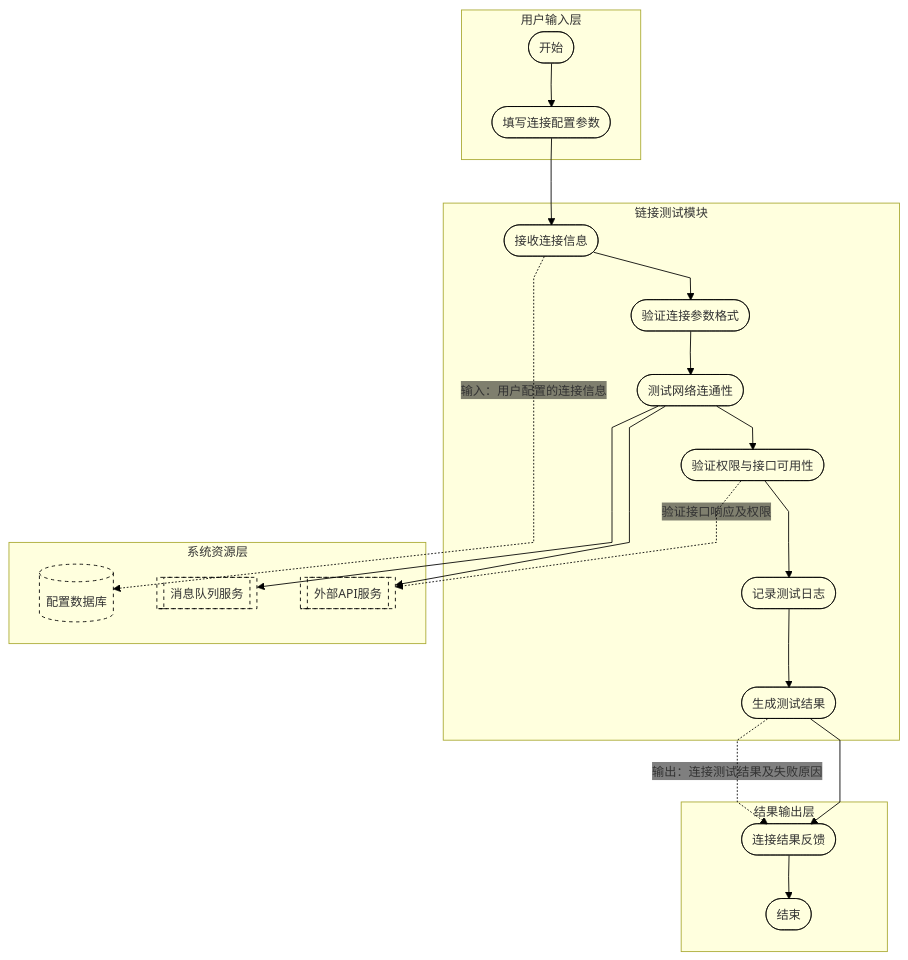
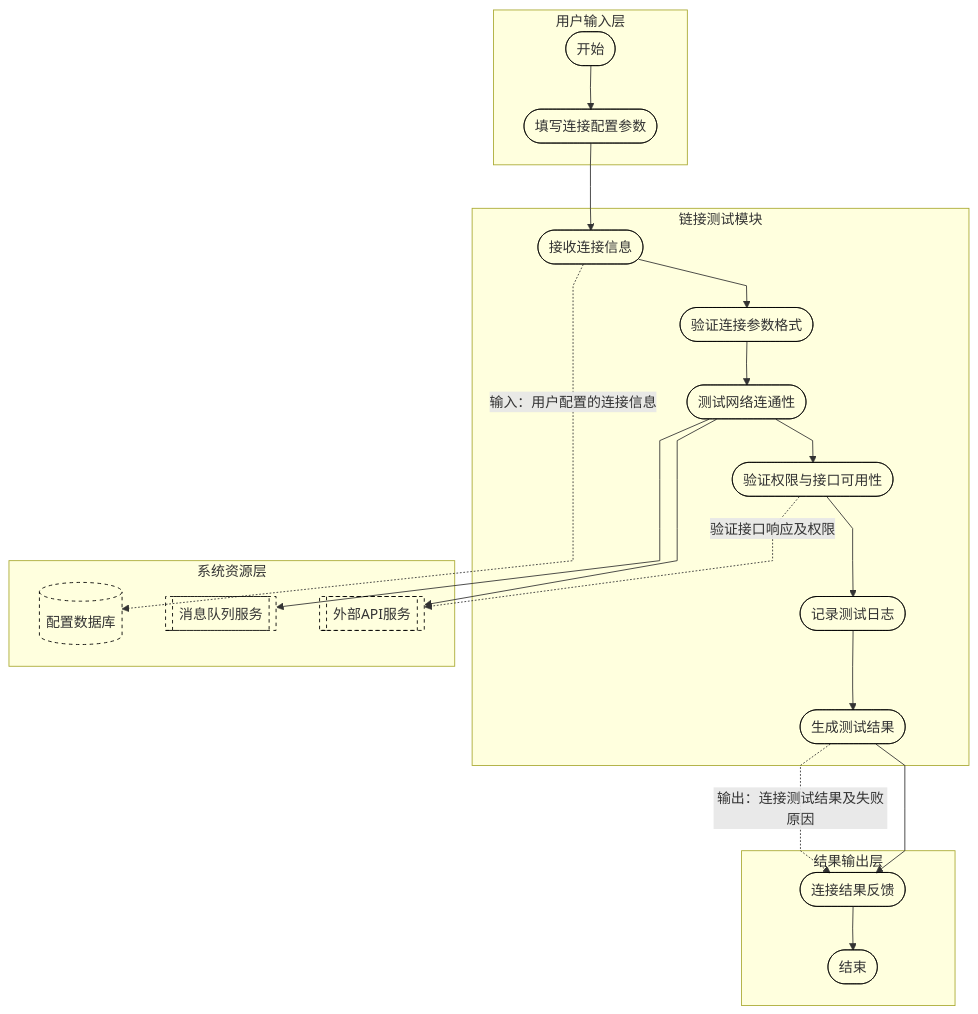
The diagram in all/未命名.md (dremup/iodraw-files), drawn with Mermaid before and after one commit.

Commit message:
2025-11-12 17:49:22 update

````diff
--- a/all/未命名.md
+++ b/all/未命名.md
@@ -1,63 +1,63 @@
 ```mermaid
 %%{init: {
-  "flowchart": { "curve": "linear", "htmlLabels": true },
+  "flowchart": { "curve": "linear",  },
   "themeVariables": {
     "primaryColor": "transparent",
     "primaryTextColor": "#000000",
     "lineColor": "#000000",
     "background": "transparent",
     "edgeLabelBackground": "transparent",
     "fontSize": "14px"
   },
   "themeCSS": ".edgeLabel rect{fill:transparent!important;stroke:transparent!important;}.label foreignObject span{background:none!important;}"
 }}%%
 flowchart TB
   %% === 用户层 ===
   subgraph User[用户输入层]
     U1([开始])
     U2([填写连接配置参数])
   end
 
   %% === 链接测试模块 ===
   subgraph LinkTest[链接测试模块]
     C1([接收连接信息])
     C2([验证连接参数格式])
     C3([测试网络连通性])
     C4([验证权限与接口可用性])
     C5([记录测试日志])
     C6([生成测试结果])
   end
 
   %% === 系统资源层 ===
   subgraph Resource[系统资源层]
     DB[(配置数据库)]
     API[[外部API服务]]
     MQ[[消息队列服务]]
   end
 
   %% === 输出层 ===
   subgraph Output[结果输出层]
     O1([连接结果反馈])
     O2([结束])
   end
 
   %% === 主流程 ===
   U1 --> U2 --> C1 --> C2 --> C3 --> C4 --> C5 --> C6 --> O1 --> O2
 
   %% === 资源交互（垂直虚线连接） ===
   C1 -.->|输入：用户配置的连接信息| DB
   C3 --> API
   C3 --> MQ
   C4 -.->|验证接口响应及权限| API
   C6 -.->|输出：连接测试结果及失败原因| O1
 
   %% === 样式定义 ===
   linkStyle default interpolate linear;
   classDef ellipse fill:transparent,stroke:#000,stroke-width:1px,rx:25,ry:25;
   classDef rect fill:transparent,stroke:#000,stroke-width:1px;
   classDef dashed fill:transparent,stroke:#000,stroke-dasharray:4 4;
   class U1,O2 ellipse;
   class U2,C1,C2,C3,C4,C5,C6,O1 rect;
   class DB,API,MQ dashed;
 
 ```
````
